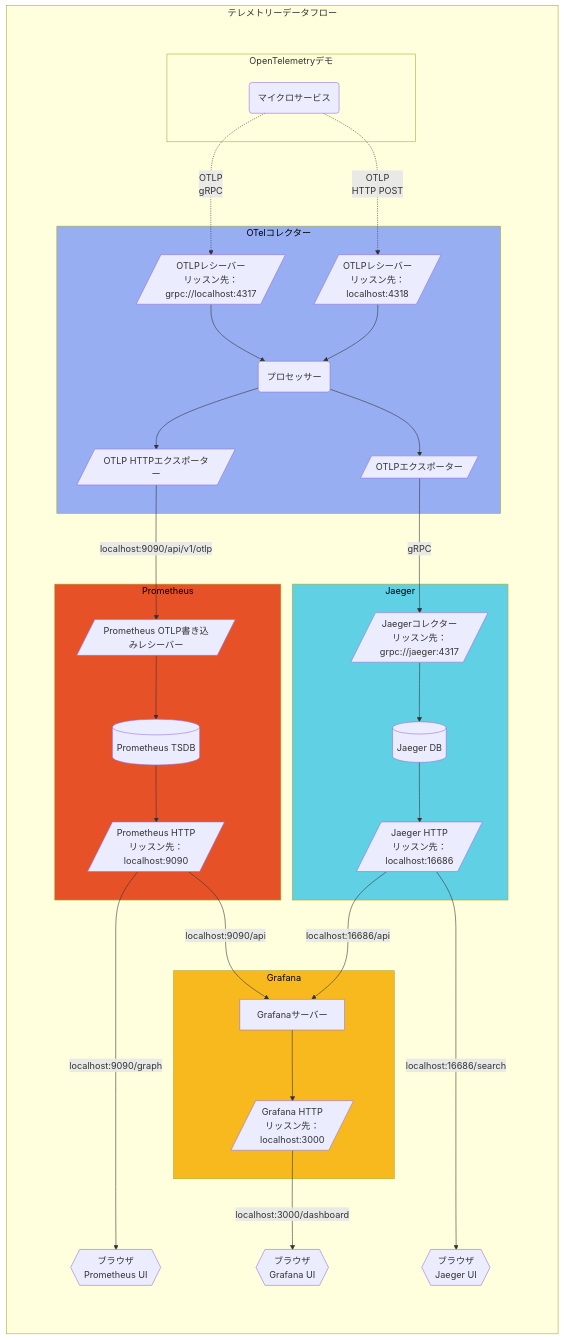
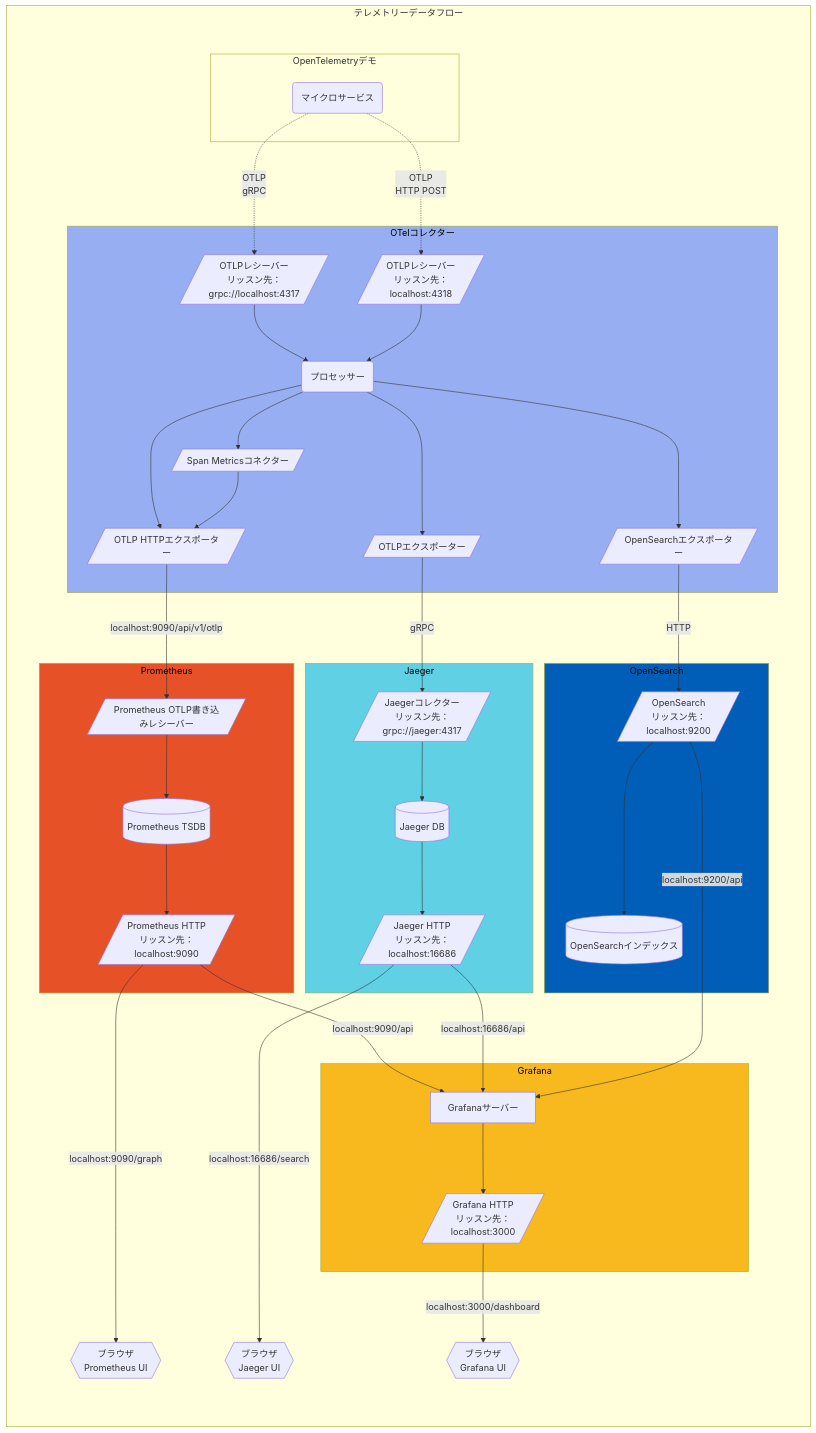
The third of 3 diagrams in content/ja/docs/demo/architecture.md (open-telemetry/opentelemetry.io), drawn with Mermaid before and after one commit. The commit also changed other lines of this file, not shown here.

Commit message:
docs(i18n): fix drift of content/ja/docs/demo/architecture.md

```diff
--- a/content/ja/docs/demo/architecture.md
+++ b/content/ja/docs/demo/architecture.md
@@ -143,18 +142,24 @@
            oc-grpc[/"OTLPレシーバー<br/>リッスン先：<br/>grpc://localhost:4317"/]
            oc-http[/"OTLPレシーバー<br/>リッスン先：<br/>localhost:4318<br/>"/]
            oc-proc(プロセッサー)
+           oc-spanmetrics[/"Span Metricsコネクター"/]
            oc-prom[/"OTLP HTTPエクスポーター"/]
            oc-otlp[/"OTLPエクスポーター"/]
+           oc-opensearch[/"OpenSearchエクスポーター"/]
 
            oc-grpc --> oc-proc
            oc-http --> oc-proc
 
            oc-proc --> oc-prom
            oc-proc --> oc-otlp
+           oc-proc --> oc-opensearch
+           oc-proc --> oc-spanmetrics
+           oc-spanmetrics --> oc-prom
        end
 
        oc-prom -->|"localhost:9090/api/v1/otlp"| pr-sc
        oc-otlp -->|gRPC| ja-col
+       oc-opensearch -->|HTTP| os-http
 
        subgraph pr[Prometheus]
            style pr fill:#e75128,color:black;
@@ -179,6 +184,14 @@
            ja-db --> ja-http
        end
 
+       subgraph os[OpenSearch]
+           style os fill:#005eb8,color:black;
+           os-http[/"OpenSearch<br/>リッスン先：<br/>localhost:9200"/]
+           os-db[(OpenSearchインデックス)]
+
+           os-http ---> os-db
+       end
+
        subgraph gr[Grafana]
            style gr fill:#f8b91e,color:black;
            gr-srv["Grafanaサーバー"]
@@ -189,6 +202,7 @@
 
        pr-http --> |"localhost:9090/api"| gr-srv
        ja-http --> |"localhost:16686/api"| gr-srv
+       os-http --> |"localhost:9200/api"| gr-srv
 
        ja-b{{"ブラウザ<br/>Jaeger UI"}}
        ja-http ---->|"localhost:16686/search"| ja-b
```
